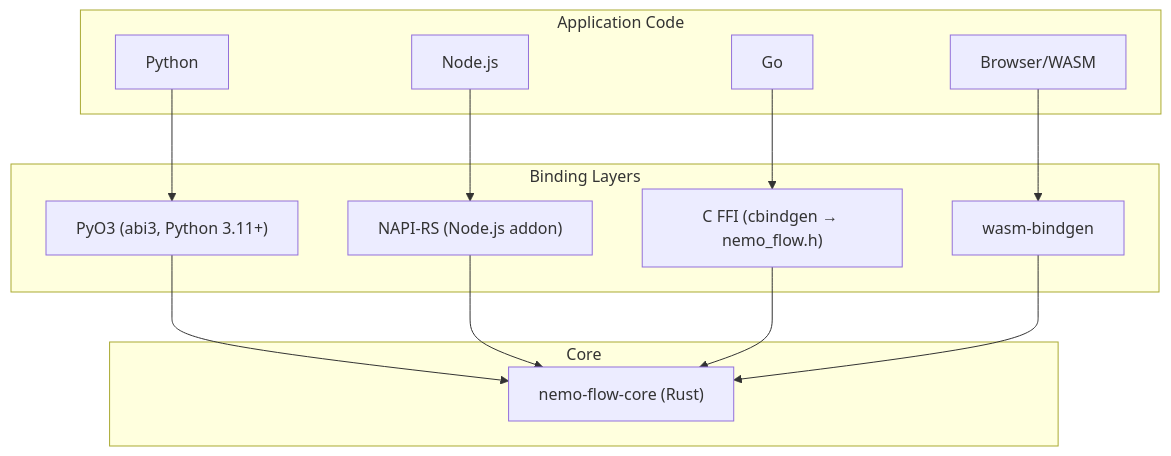
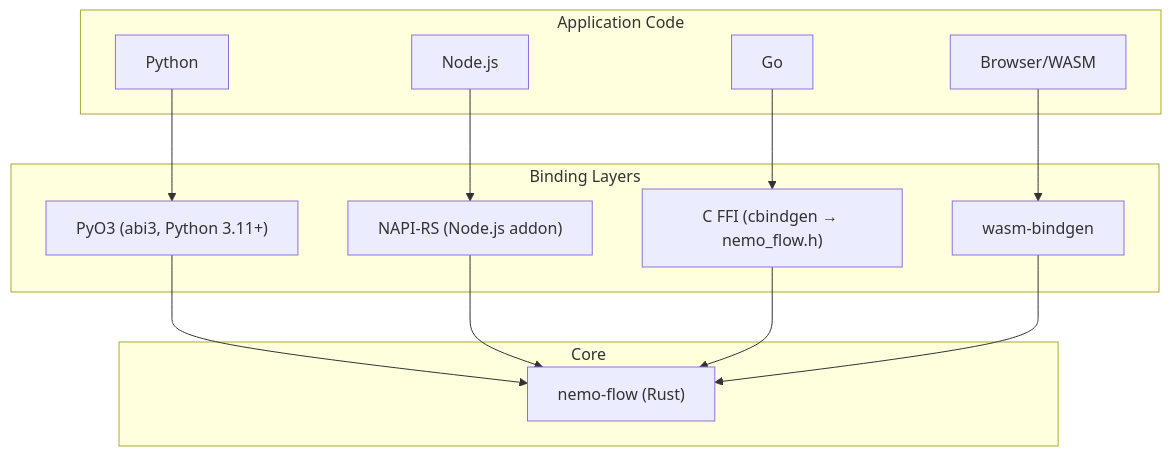
The diagram in docs/language-bindings.md (NVIDIA/NeMo-Relay), drawn with Mermaid before and after one commit. The commit also changed other lines of this file and 103 other files, not shown here.

````diff
--- a/docs/language-bindings.md
+++ b/docs/language-bindings.md
@@ -17,25 +17,25 @@
 ```mermaid
 graph TD
     subgraph "Application Code"
         PY[Python]
         JS[Node.js]
         GO[Go]
         WA[Browser/WASM]
     end
 
     subgraph "Binding Layers"
         PYO3["PyO3 (abi3, Python 3.11+)"]
         NAPI["NAPI-RS (Node.js addon)"]
         FFI["C FFI (cbindgen → nemo_flow.h)"]
         WASM["wasm-bindgen"]
     end
 
     subgraph "Core"
-        CORE["nemo-flow-core (Rust)"]
+        CORE["nemo-flow (Rust)"]
     end
 
     PY --> PYO3 --> CORE
     JS --> NAPI --> CORE
     GO --> FFI --> CORE
     WA --> WASM --> CORE
 ```
````
